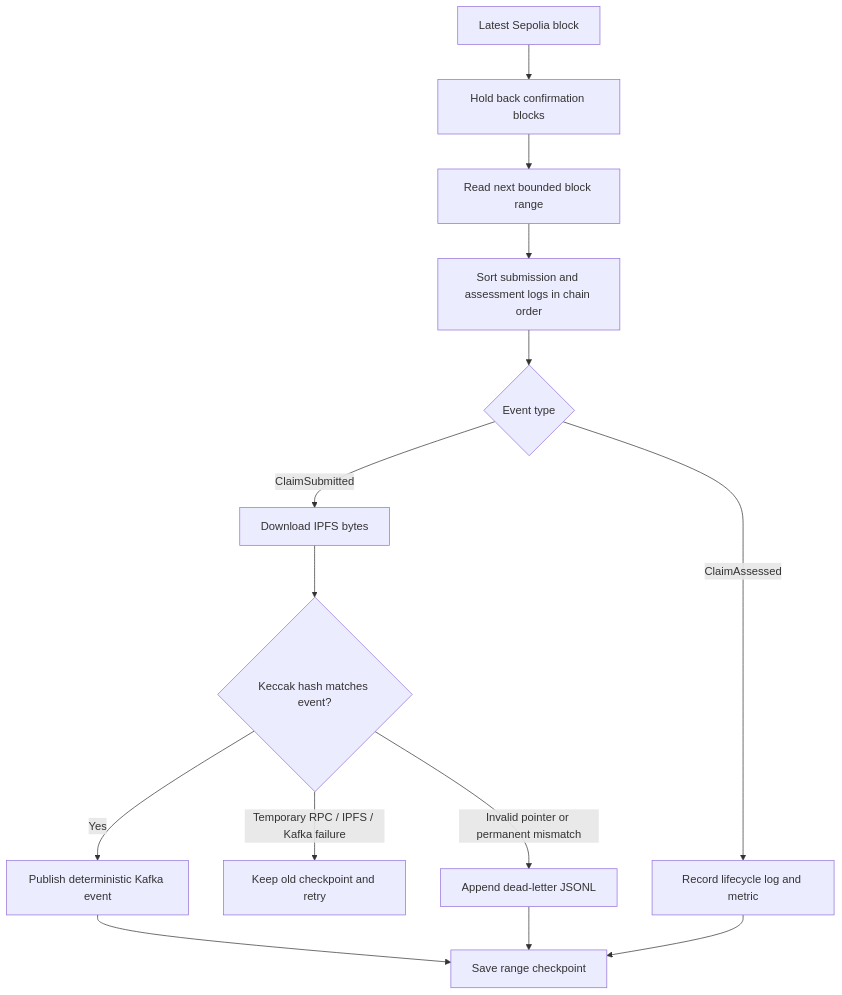
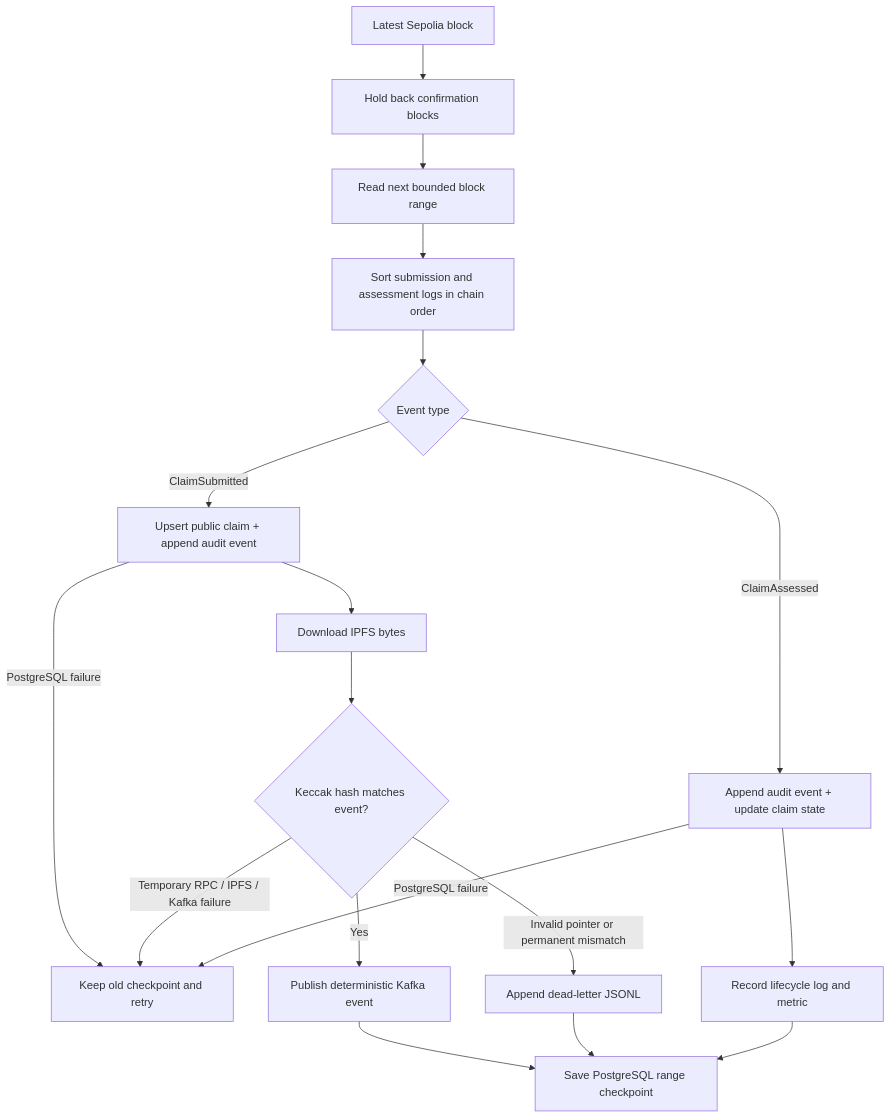
One commit to ganesh1997oli/Decentralized-Claims-Registry changed the diagram in apps/listener/README.md. Above: the diagram before and after it, drawn with Mermaid. The commit also changed other lines of this file and 36 other files, not shown here.

````diff
--- a/apps/listener/README.md
+++ b/apps/listener/README.md
@@ -9,16 +10,20 @@
 ```mermaid
 flowchart TD
     Head["Latest Sepolia block"] --> Safe["Hold back confirmation blocks"]
     Safe --> Range["Read next bounded block range"]
     Range --> Order["Sort submission and assessment logs in chain order"]
     Order --> Type{"Event type"}
-    Type -->|"ClaimSubmitted"| Fetch["Download IPFS bytes"]
+    Type -->|"ClaimSubmitted"| Index["Upsert public claim + append audit event"]
+    Index -->|"PostgreSQL failure"| Retry["Keep old checkpoint and retry"]
+    Index --> Fetch["Download IPFS bytes"]
     Fetch --> Hash{"Keccak hash matches event?"}
     Hash -->|Yes| Kafka["Publish deterministic Kafka event"]
-    Hash -->|"Temporary RPC / IPFS / Kafka failure"| Retry["Keep old checkpoint and retry"]
+    Hash -->|"Temporary RPC / IPFS / Kafka failure"| Retry
     Hash -->|"Invalid pointer or permanent mismatch"| Dead["Append dead-letter JSONL"]
-    Type -->|"ClaimAssessed"| Observe["Record lifecycle log and metric"]
-    Kafka --> Save["Save range checkpoint"]
+    Type -->|"ClaimAssessed"| Update["Append audit event + update claim state"]
+    Update -->|"PostgreSQL failure"| Retry
+    Update --> Observe["Record lifecycle log and metric"]
+    Kafka --> Save["Save PostgreSQL range checkpoint"]
     Dead --> Save
     Observe --> Save
 ```
````
